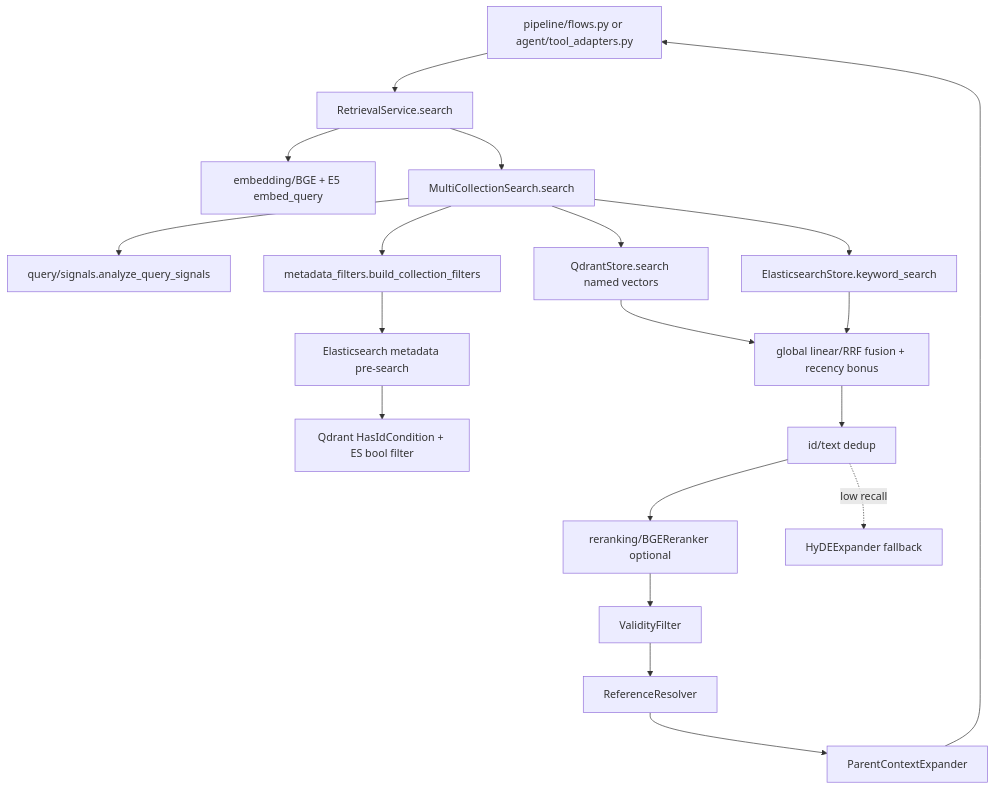
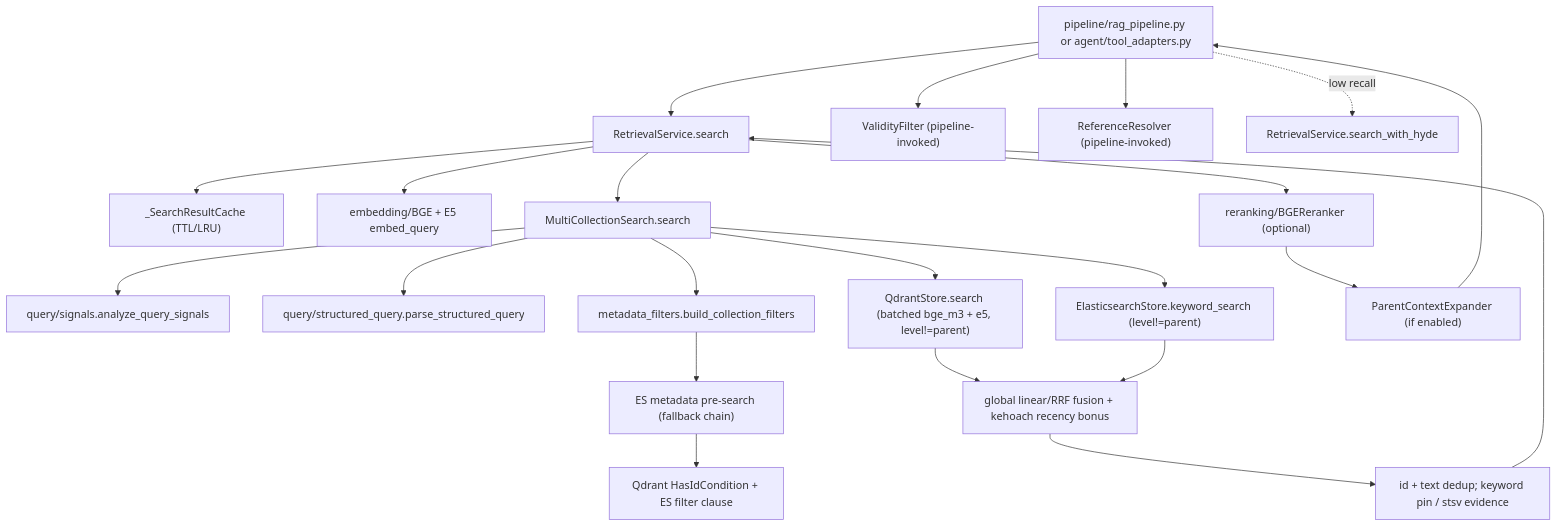
The diagram in src/RAG_v2/retrieval/MODULE.md (hoainam183/GR), drawn with Mermaid before and after one commit. The commit also changed other lines of this file and 50 other files, not shown here.

````diff
--- a/src/RAG_v2/retrieval/MODULE.md
+++ b/src/RAG_v2/retrieval/MODULE.md
@@ -84,21 +89,24 @@
 ```mermaid
 flowchart TD
-  Caller["pipeline/flows.py or agent/tool_adapters.py"] --> Service["RetrievalService.search"]
+  Caller["pipeline/rag_pipeline.py or agent/tool_adapters.py"] --> Service["RetrievalService.search"]
+  Service --> Cache["_SearchResultCache (TTL/LRU)"]
   Service --> Embed["embedding/BGE + E5 embed_query"]
   Service --> Searcher["MultiCollectionSearch.search"]
   Searcher --> Signals["query/signals.analyze_query_signals"]
+  Searcher --> Struct["query/structured_query.parse_structured_query"]
   Searcher --> Filters["metadata_filters.build_collection_filters"]
-  Filters --> ESFilter["Elasticsearch metadata pre-search"]
-  ESFilter --> IDFilter["Qdrant HasIdCondition + ES bool filter"]
-  Searcher --> Vector["QdrantStore.search named vectors"]
-  Searcher --> Keyword["ElasticsearchStore.keyword_search"]
-  Vector --> Fusion["global linear/RRF fusion + recency bonus"]
+  Filters --> ESFilter["ES metadata pre-search (fallback chain)"]
+  ESFilter --> IDFilter["Qdrant HasIdCondition + ES filter clause"]
+  Searcher --> Vector["QdrantStore.search (batched bge_m3 + e5, level!=parent)"]
+  Searcher --> Keyword["ElasticsearchStore.keyword_search (level!=parent)"]
+  Vector --> Fusion["global linear/RRF fusion + kehoach recency bonus"]
   Keyword --> Fusion
-  Fusion --> Dedup["id/text dedup"]
-  Dedup --> Rerank["reranking/BGEReranker optional"]
-  Rerank --> Validity["ValidityFilter"]
-  Validity --> References["ReferenceResolver"]
-  References --> Parents["ParentContextExpander"]
+  Fusion --> Dedup["id + text dedup; keyword pin / stsv evidence"]
+  Dedup --> Service
+  Service --> Rerank["reranking/BGEReranker (optional)"]
+  Rerank --> Parents["ParentContextExpander (if enabled)"]
   Parents --> Caller
-  Dedup -. low recall .-> HyDE["HyDEExpander fallback"]
+  Caller --> Validity["ValidityFilter (pipeline-invoked)"]
+  Caller --> References["ReferenceResolver (pipeline-invoked)"]
+  Caller -. low recall .-> HyDE["RetrievalService.search_with_hyde"]
 ```
````
